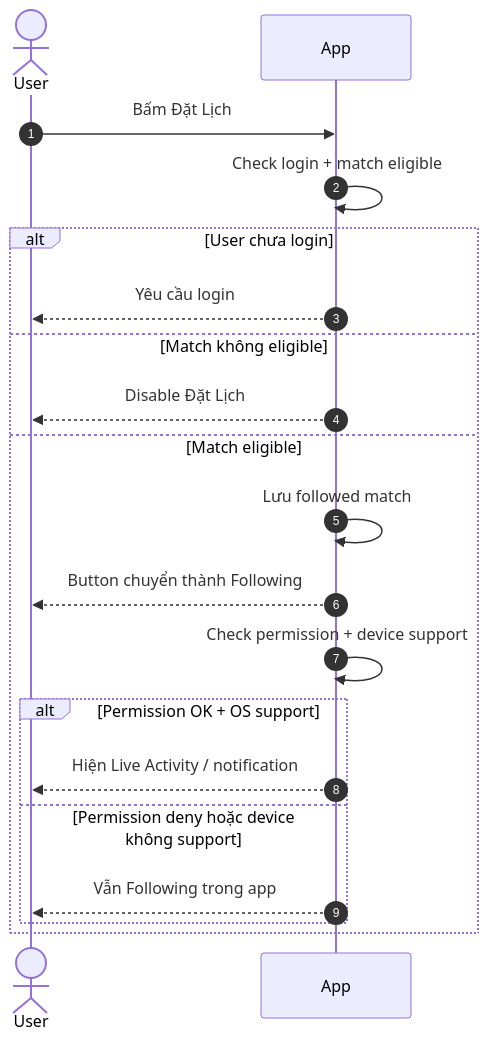
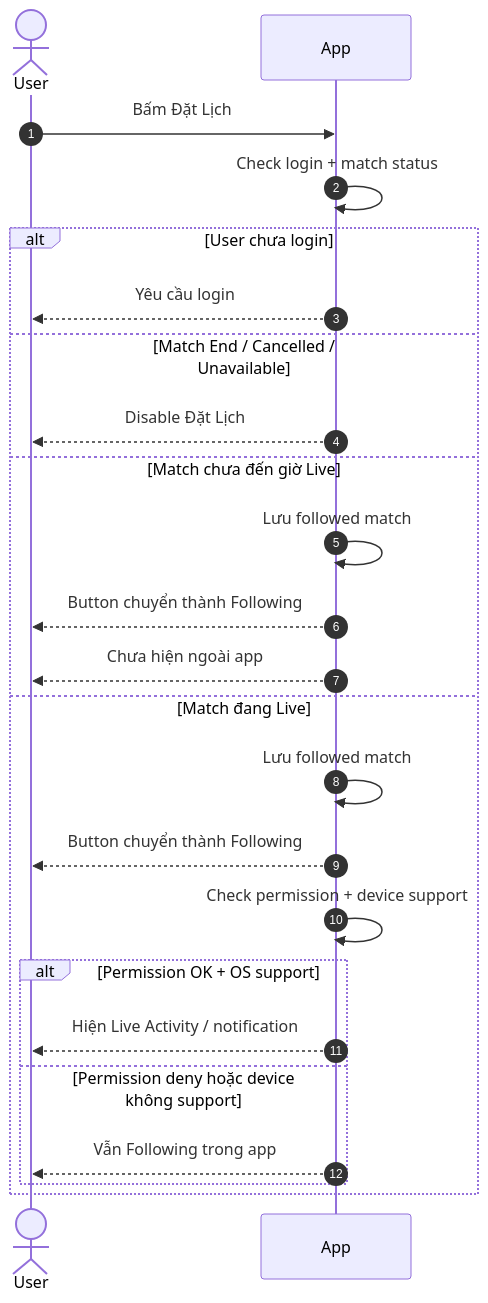
Before and after one commit to duongdang1136/FPTPLay: the first of 4 diagrams in features/final-docs/Sport-Zone/Live-Activity/product/live-activity-user-flows-functional-requirements.md, drawn with Mermaid. The commit also changed other lines of this file, not shown here.

Commit message:
docs: clarify live activity match eligibility

````diff
--- a/features/final-docs/Sport-Zone/Live-Activity/product/live-activity-user-flows-functional-requirements.md
+++ b/features/final-docs/Sport-Zone/Live-Activity/product/live-activity-user-flows-functional-requirements.md
@@ -224,26 +236,30 @@
 ```mermaid
 sequenceDiagram
     autonumber
 
     actor User as User
     participant App
 
     User->>App: Bấm Đặt Lịch
-    App->>App: Check login + match eligible
+    App->>App: Check login + match status
 
     alt User chưa login
         App-->>User: Yêu cầu login
-    else Match không eligible
+    else Match End / Cancelled / Unavailable
         App-->>User: Disable Đặt Lịch
-    else Match eligible
+    else Match chưa đến giờ Live
+        App->>App: Lưu followed match
+        App-->>User: Button chuyển thành Following
+        App-->>User: Chưa hiện ngoài app
+    else Match đang Live
         App->>App: Lưu followed match
         App-->>User: Button chuyển thành Following
         App->>App: Check permission + device support
 
         alt Permission OK + OS support
             App-->>User: Hiện Live Activity / notification
         else Permission deny hoặc device không support
             App-->>User: Vẫn Following trong app
         end
     end
 ```
````
